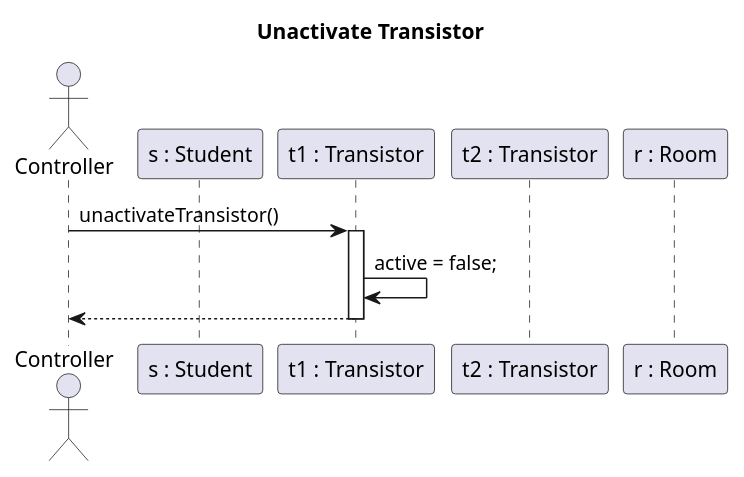
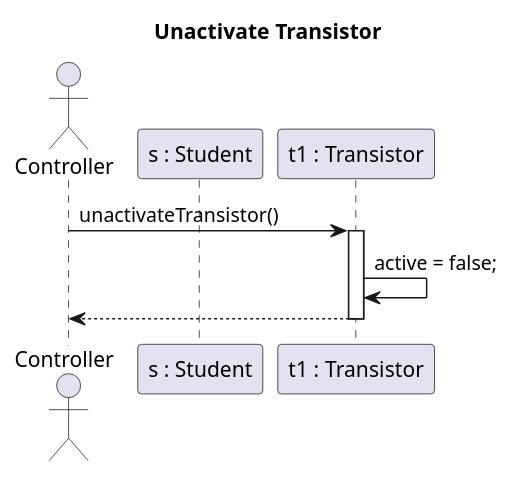
The diagram in docs/transistor/unactivate_transistor.plantuml (MBakter/echo), drawn with PlantUML before and after one commit.

Commit message:
Minor change

```diff
--- a/docs/transistor/unactivate_transistor.plantuml
+++ b/docs/transistor/unactivate_transistor.plantuml
@@ -1,21 +1,19 @@
 @startuml
 title Unactivate Transistor
 
 actor Controller as c order 10
 participant "t1 : Transistor" as Transistor order 30
 participant "s : Student" as Student order 20
-participant "t2 : Transistor" as Transistor2 order 40
-participant "r : Room" as Room order 50
 
 c -> Transistor : unactivateTransistor()
 activate Transistor
 
     Transistor -> Transistor : active = false;
 
     c <-- Transistor 
 deactivate Transistor
 
 
 
 
 @enduml
```
